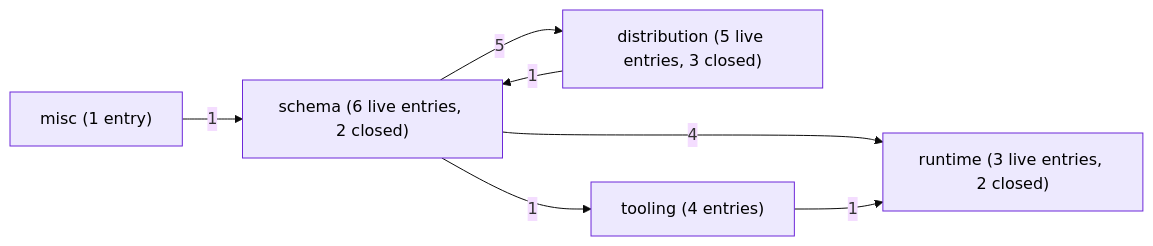
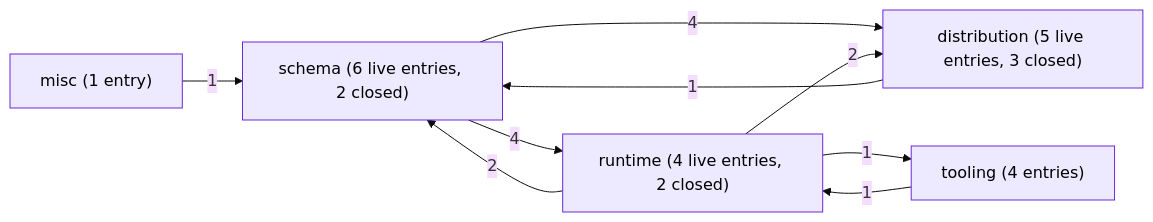
Before and after one commit to open-platform-model/enhancements: the first of 7 diagrams in GRAPH.md, drawn with Mermaid (base theme). The commit also changed other lines of this file and 29 other files, not shown here.

````diff
--- a/GRAPH.md
+++ b/GRAPH.md
@@ -18,24 +18,26 @@
 ```mermaid
 graph LR
   classDef draft       fill:#fef3c7,stroke:#b45309,color:#000
   classDef accepted    fill:#dbeafe,stroke:#1d4ed8,color:#000
   classDef rejected    fill:#fee2e2,stroke:#b91c1c,color:#7f1d1d,stroke-dasharray:4 2
   classDef superseded  fill:#e5e7eb,stroke:#6b7280,color:#6b7280
   classDef delivered   fill:#dcfce7,stroke:#15803d,color:#14532d
   classDef legacy      fill:#fafafa,stroke:#9ca3af,color:#6b7280,stroke-dasharray:3 3
   classDef stub        fill:#f3f4f6,stroke:#9ca3af,color:#374151
   classDef category    fill:#ede9fe,stroke:#6d28d9,color:#000
 
   Cschema["schema (6 live entries, 2 closed)"]:::category
-  Cruntime["runtime (3 live entries, 2 closed)"]:::category
+  Cruntime["runtime (4 live entries, 2 closed)"]:::category
   Cdistribution["distribution (5 live entries, 3 closed)"]:::category
   Ctooling["tooling (4 entries)"]:::category
   Cmisc["misc (1 entry)"]:::category
 
   Cschema -->|4| Cruntime
-  Cschema -->|5| Cdistribution
-  Cschema -->|1| Ctooling
+  Cschema -->|4| Cdistribution
+  Cruntime -->|2| Cschema
+  Cruntime -->|2| Cdistribution
+  Cruntime -->|1| Ctooling
   Cdistribution -->|1| Cschema
   Ctooling -->|1| Cruntime
   Cmisc -->|1| Cschema
 ```
````
